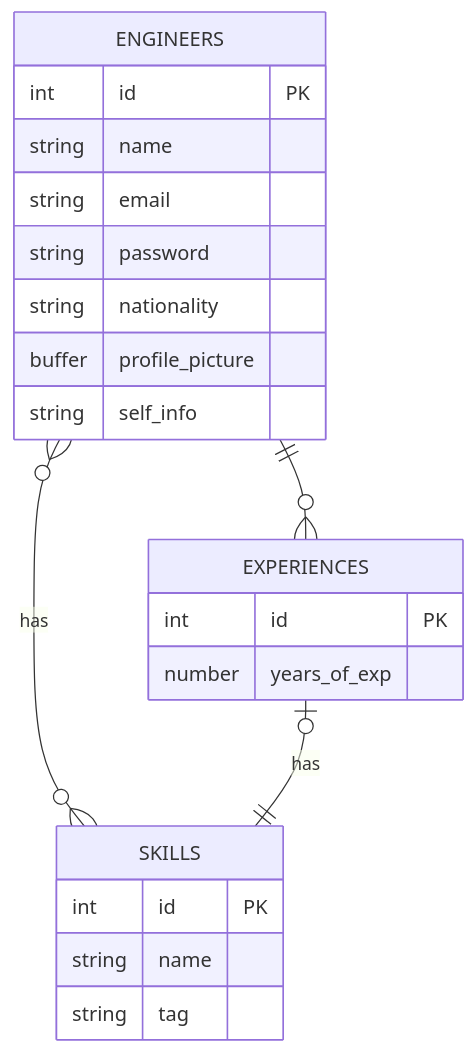
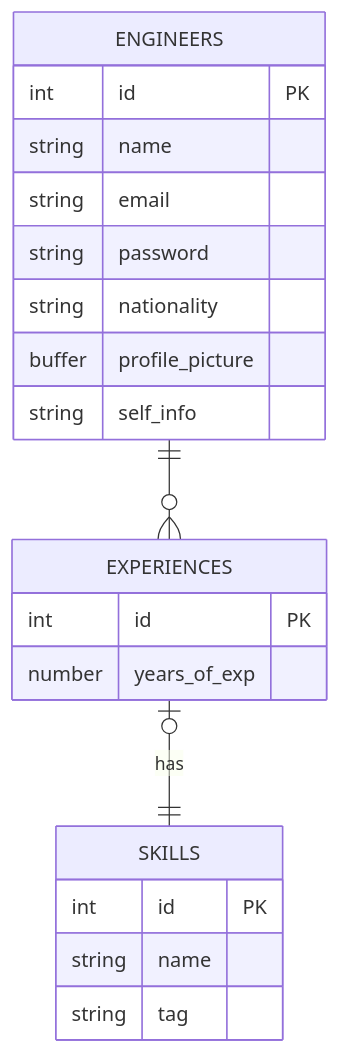
One commit to Oungseik/engineers-management changed the diagram in docs/ERDs.md. Above: the diagram before and after it, drawn with Mermaid.

Commit message:
chore: remove unnecessary pivot table

````diff
--- a/docs/ERDs.md
+++ b/docs/ERDs.md
@@ -5,31 +5,30 @@
 ```mermaid
 erDiagram
 
-    ENGINEERS }o--o{ SKILLS : "has"
     ENGINEERS || -- o{ EXPERIENCES : ""
     EXPERIENCES |o -- || SKILLS : "has"
 
 
     ENGINEERS {
         int     id              PK
         string  name
         string  email
         string  password
         string  nationality
         buffer  profile_picture
         string  self_info
     }
 
     SKILLS {
         int     id              PK
         string  name
         string  tag
     }
 
     EXPERIENCES {
         int     id              PK
         number  years_of_exp
 
     }
 
 ```
````
